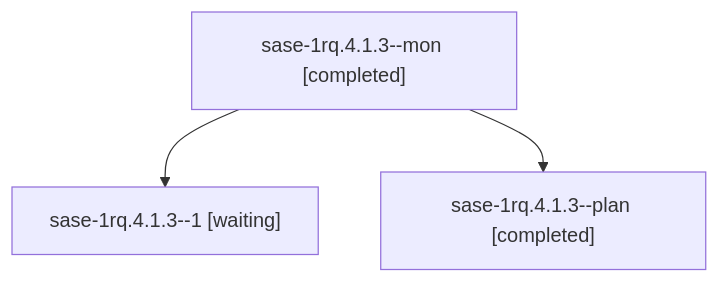
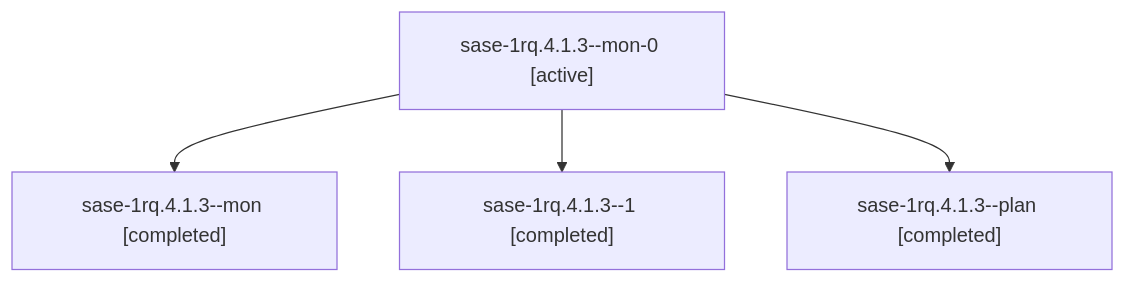
The diagram in sessions/bbugyi200.athena.sase-1rq.4.1.3.md (sase-org/sase--agents), drawn with Mermaid before and after one commit. The commit also changed other lines of this file and 145 other files, not shown here.

````diff
--- a/sessions/bbugyi200.athena.sase-1rq.4.1.3.md
+++ b/sessions/bbugyi200.athena.sase-1rq.4.1.3.md
@@ -9,8 +9,10 @@
 ```mermaid
 flowchart TD
-  n0["sase-1rq.4.1.3--mon [completed]"]
-  n1["sase-1rq.4.1.3--1 [waiting]"]
+  n0["sase-1rq.4.1.3--mon-0 [active]"]
+  n1["sase-1rq.4.1.3--mon [completed]"]
   n0 --> n1
-  n2["sase-1rq.4.1.3--plan [completed]"]
+  n2["sase-1rq.4.1.3--1 [completed]"]
   n0 --> n2
+  n3["sase-1rq.4.1.3--plan [completed]"]
+  n0 --> n3
 ```
````
